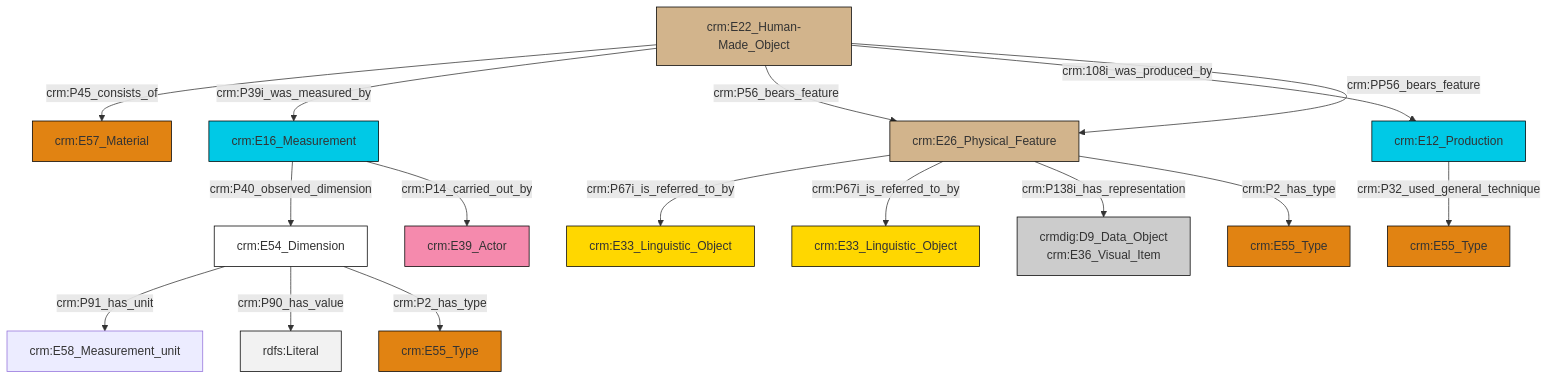
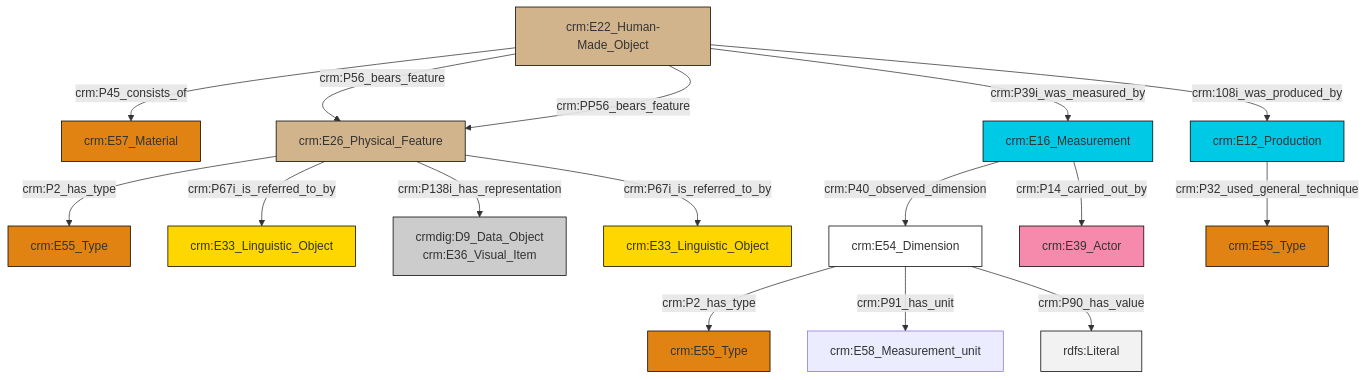
One commit to swiss-art-research-net/docs.swissartresearch changed the diagram in et/carrierCSV/ttl/mmd/carrier_substance.ttl.mmd. Above: the diagram before and after it, drawn with Mermaid. The commit also changed 174 other files, not shown here.

```diff
--- a/et/carrierCSV/ttl/mmd/carrier_substance.ttl.mmd
+++ b/et/carrierCSV/ttl/mmd/carrier_substance.ttl.mmd
@@ -1,30 +1,30 @@
 graph TD
 classDef Literal fill:#f2f2f2,stroke:#000000;
 classDef CRM_Entity fill:#FFFFFF,stroke:#000000;
 classDef Temporal_Entity fill:#00C9E6, stroke:#000000;
 classDef Type fill:#E18312, stroke:#000000;
 classDef Time-Span fill:#2C9C91, stroke:#000000;
 classDef Appellation fill:#FFEB7F, stroke:#000000;
 classDef Place fill:#008836, stroke:#000000;
 classDef Persistent_Item fill:#B266B2, stroke:#000000;
 classDef Conceptual_Object fill:#FFD700, stroke:#000000;
 classDef Physical_Thing fill:#D2B48C, stroke:#000000;
 classDef Actor fill:#f58aad, stroke:#000000;
 classDef PC_Classes fill:#4ce600, stroke:#000000;
 classDef Multi fill:#cccccc,stroke:#000000;
 
-0["crm:E26_Physical_Feature"]:::Physical_Thing -->|crm:P67i_is_referred_to_by| 1["crm:E33_Linguistic_Object"]:::Conceptual_Object
-0["crm:E26_Physical_Feature"]:::Physical_Thing -->|crm:P67i_is_referred_to_by| 2["crm:E33_Linguistic_Object"]:::Conceptual_Object
-3["crm:E54_Dimension"]:::CRM_Entity -->|crm:P91_has_unit| 4["crm:E58_Measurement_unit"]:::Default
-10["crm:E12_Production"]:::Temporal_Entity -->|crm:P32_used_general_technique| 12["crm:E55_Type"]:::Type
-13["crm:E22_Human-Made_Object"]:::Physical_Thing -->|crm:P45_consists_of| 7["crm:E57_Material"]:::Type
-0["crm:E26_Physical_Feature"]:::Physical_Thing -->|crm:P138i_has_representation| 5["crmdig:D9_Data_Object<br>crm:E36_Visual_Item"]:::Multi
-13["crm:E22_Human-Made_Object"]:::Physical_Thing -->|crm:P39i_was_measured_by| 21["crm:E16_Measurement"]:::Temporal_Entity
-13["crm:E22_Human-Made_Object"]:::Physical_Thing -->|crm:P56_bears_feature| 0["crm:E26_Physical_Feature"]:::Physical_Thing
-3["crm:E54_Dimension"]:::CRM_Entity -->|crm:P90_has_value| 23[rdfs:Literal]:::Literal
-0["crm:E26_Physical_Feature"]:::Physical_Thing -->|crm:P2_has_type| 17["crm:E55_Type"]:::Type
-3["crm:E54_Dimension"]:::CRM_Entity -->|crm:P2_has_type| 15["crm:E55_Type"]:::Type
-21["crm:E16_Measurement"]:::Temporal_Entity -->|crm:P40_observed_dimension| 3["crm:E54_Dimension"]:::CRM_Entity
-21["crm:E16_Measurement"]:::Temporal_Entity -->|crm:P14_carried_out_by| 19["crm:E39_Actor"]:::Actor
-13["crm:E22_Human-Made_Object"]:::Physical_Thing -->|crm:108i_was_produced_by| 10["crm:E12_Production"]:::Temporal_Entity
-13["crm:E22_Human-Made_Object"]:::Physical_Thing -->|crm:PP56_bears_feature| 0["crm:E26_Physical_Feature"]:::Physical_Thing
+2["crm:E22_Human-Made_Object"]:::Physical_Thing -->|crm:P45_consists_of| 3["crm:E57_Material"]:::Type
+6["crm:E54_Dimension"]:::CRM_Entity -->|crm:P2_has_type| 7["crm:E55_Type"]:::Type
+0["crm:E16_Measurement"]:::Temporal_Entity -->|crm:P40_observed_dimension| 6["crm:E54_Dimension"]:::CRM_Entity
+12["crm:E26_Physical_Feature"]:::Physical_Thing -->|crm:P2_has_type| 14["crm:E55_Type"]:::Type
+6["crm:E54_Dimension"]:::CRM_Entity -->|crm:P91_has_unit| 16["crm:E58_Measurement_unit"]:::Default
+12["crm:E26_Physical_Feature"]:::Physical_Thing -->|crm:P67i_is_referred_to_by| 18["crm:E33_Linguistic_Object"]:::Conceptual_Object
+2["crm:E22_Human-Made_Object"]:::Physical_Thing -->|crm:P56_bears_feature| 12["crm:E26_Physical_Feature"]:::Physical_Thing
+2["crm:E22_Human-Made_Object"]:::Physical_Thing -->|crm:PP56_bears_feature| 12["crm:E26_Physical_Feature"]:::Physical_Thing
+0["crm:E16_Measurement"]:::Temporal_Entity -->|crm:P14_carried_out_by| 10["crm:E39_Actor"]:::Actor
+2["crm:E22_Human-Made_Object"]:::Physical_Thing -->|crm:P39i_was_measured_by| 0["crm:E16_Measurement"]:::Temporal_Entity
+8["crm:E12_Production"]:::Temporal_Entity -->|crm:P32_used_general_technique| 19["crm:E55_Type"]:::Type
+2["crm:E22_Human-Made_Object"]:::Physical_Thing -->|crm:108i_was_produced_by| 8["crm:E12_Production"]:::Temporal_Entity
+12["crm:E26_Physical_Feature"]:::Physical_Thing -->|crm:P138i_has_representation| 4["crmdig:D9_Data_Object<br>crm:E36_Visual_Item"]:::Multi
+6["crm:E54_Dimension"]:::CRM_Entity -->|crm:P90_has_value| 29[rdfs:Literal]:::Literal
+12["crm:E26_Physical_Feature"]:::Physical_Thing -->|crm:P67i_is_referred_to_by| 21["crm:E33_Linguistic_Object"]:::Conceptual_Object
```
